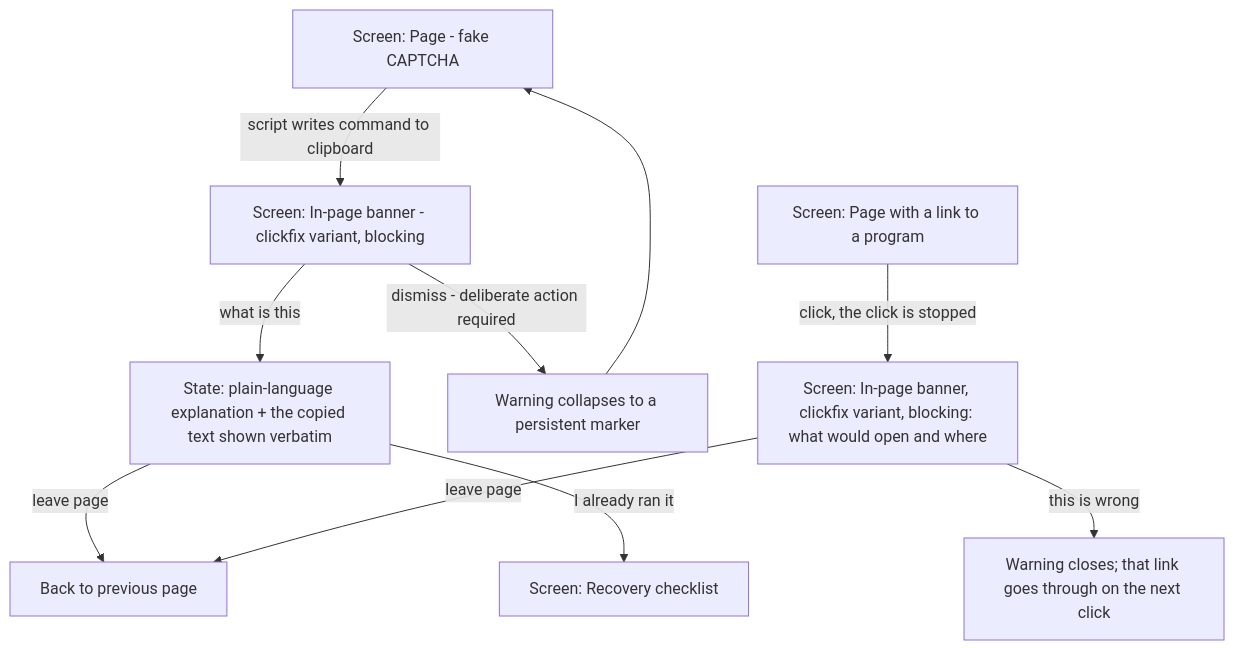
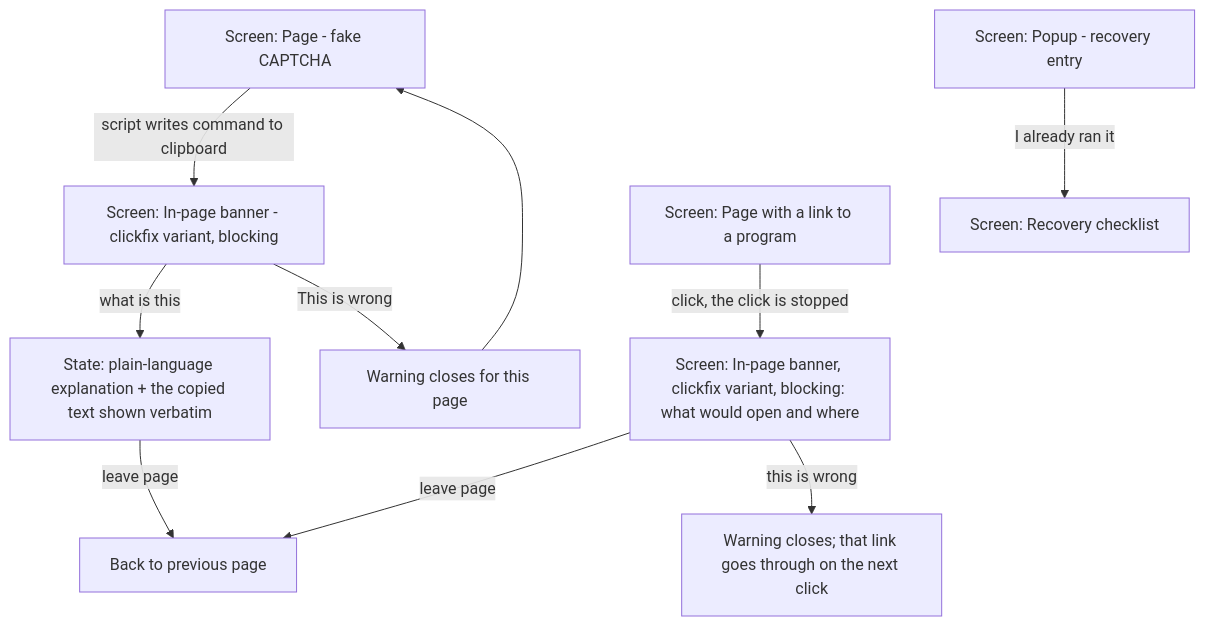
Before and after one commit to passioncode-ai/okolos: the sixth of 23 diagrams in docs/ux/flows.md, drawn with Mermaid. The commit also changed other lines of this file and 3 other files, not shown here.

Commit message:
docs: ClickFix and tech-support panels described with the buttons they have, the recovery checklist from the popup; SCN-012 as the download panel is; dispute rule for download, injection and password panels; CHANGELOG: «Удалить файл» deletes (Copylot 88177b67, advice taken) (B-165, round 4)

````diff
--- a/docs/ux/flows.md
+++ b/docs/ux/flows.md
@@ -171,12 +171,12 @@
 ```mermaid
 flowchart TD
   A[Screen: Page - fake CAPTCHA] -->|script writes command to clipboard| B[Screen: In-page banner - clickfix variant, blocking]
   B -->|what is this| C[State: plain-language explanation + the copied text shown verbatim]
   C -->|leave page| D[Back to previous page]
-  C -->|I already ran it| E[Screen: Recovery checklist]
-  B -->|dismiss - deliberate action required| F[Warning collapses to a persistent marker]
+  B -->|This is wrong| F[Warning closes for this page]
   F --> A
+  P[Screen: Popup - recovery entry] -->|I already ran it| E[Screen: Recovery checklist]
   G[Screen: Page with a link to a program] -->|click, the click is stopped| H[Screen: In-page banner, clickfix variant, blocking: what would open and where]
   H -->|leave page| D
   H -->|this is wrong| I[Warning closes; that link goes through on the next click]
 ```
````
